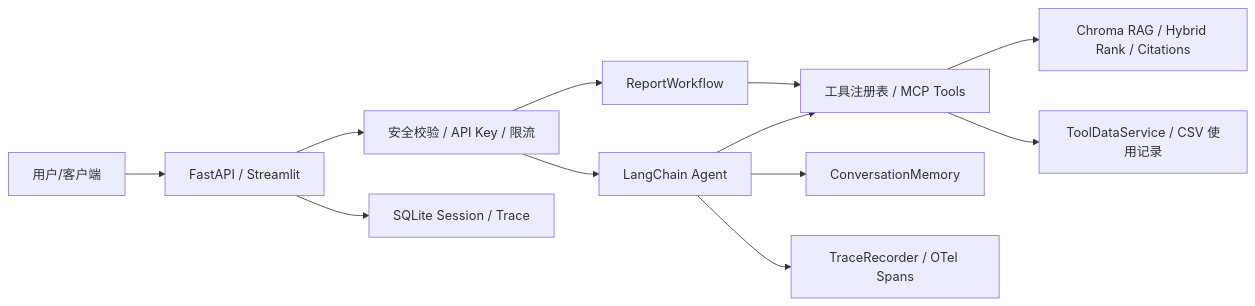
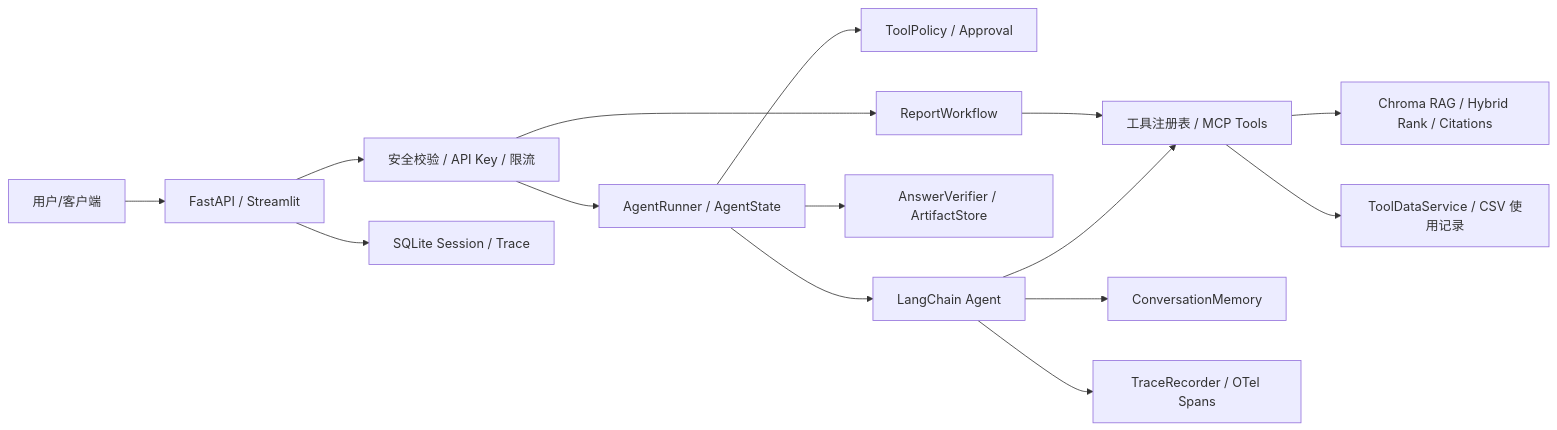
Before and after one commit to sleeping-Zack/agentproject: the diagram in docs/interview_playbook.md, drawn with Mermaid. The commit also changed other lines of this file and 30 other files, not shown here.

````diff
--- a/docs/interview_playbook.md
+++ b/docs/interview_playbook.md
@@ -13,14 +15,17 @@
 ```mermaid
 flowchart LR
     U["用户/客户端"] --> API["FastAPI / Streamlit"]
     API --> SEC["安全校验 / API Key / 限流"]
-    SEC --> AG["LangChain Agent"]
+    SEC --> HR["AgentRunner / AgentState"]
+    HR --> POL["ToolPolicy / Approval"]
+    HR --> AG["LangChain Agent"]
+    HR --> VER["AnswerVerifier / ArtifactStore"]
     SEC --> WF["ReportWorkflow"]
     AG --> TOOLS["工具注册表 / MCP Tools"]
     WF --> TOOLS
     TOOLS --> RAG["Chroma RAG / Hybrid Rank / Citations"]
     TOOLS --> DATA["ToolDataService / CSV 使用记录"]
     AG --> MEM["ConversationMemory"]
     API --> DB["SQLite Session / Trace"]
     AG --> TR["TraceRecorder / OTel Spans"]
 ```
````
